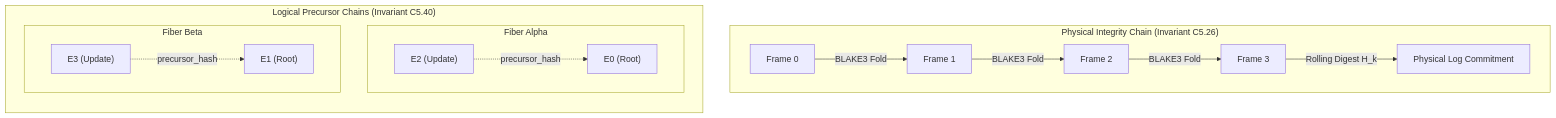
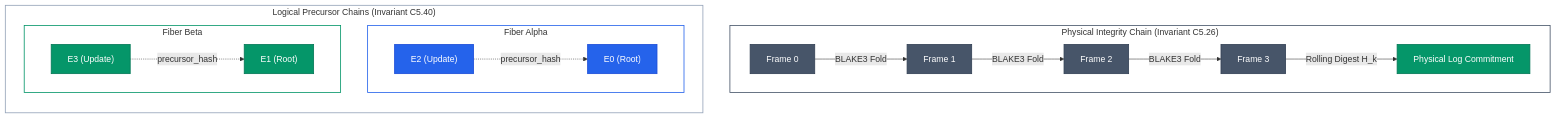
The third of 5 diagrams in content/projects/pardosa/index.md (acje/acje.github.io), drawn with Mermaid before and after one commit. The commit also changed other lines of this file and 2 other files, not shown here.

Commit message:
Modernize and unify Mermaid diagram color schemes across project presentations

````diff
--- a/content/projects/pardosa/index.md
+++ b/content/projects/pardosa/index.md
@@ -226,24 +241,38 @@
 ```mermaid
 flowchart TD
     subgraph PhysicalChain ["Physical Integrity Chain (Invariant C5.26)"]
         direction LR
         P0["Frame 0"] -->|BLAKE3 Fold| P1["Frame 1"]
         P1 -->|BLAKE3 Fold| P2["Frame 2"]
         P2 -->|BLAKE3 Fold| P3["Frame 3"]
         P3 -->|Rolling Digest H_k| PROOF["Physical Log Commitment"]
     end
 
     subgraph LogicalChains ["Logical Precursor Chains (Invariant C5.40)"]
         direction TB
         subgraph FiberAlpha ["Fiber Alpha"]
             A0["E0 (Root)"]
             A1["E2 (Update)"]
             A1 -. precursor_hash .-> A0
         end
         subgraph FiberBeta ["Fiber Beta"]
             B0["E1 (Root)"]
             B1["E3 (Update)"]
             B1 -. precursor_hash .-> B0
         end
     end
+
+    classDef slate fill:#475569,stroke:#334155,stroke-width:1.5px,color:#ffffff
+    classDef blue fill:#2563eb,stroke:#1d4ed8,stroke-width:1.5px,color:#ffffff
+    classDef green fill:#059669,stroke:#047857,stroke-width:1.5px,color:#ffffff
+
+    class P0,P1,P2,P3 slate
+    class PROOF green
+    class A0,A1 blue
+    class B0,B1 green
+
+    style PhysicalChain fill:transparent,stroke:#475569,stroke-width:1.5px
+    style LogicalChains fill:transparent,stroke:#94a3b8,stroke-width:1.5px
+    style FiberAlpha fill:transparent,stroke:#2563eb,stroke-width:1.5px
+    style FiberBeta fill:transparent,stroke:#059669,stroke-width:1.5px
 ```
````
